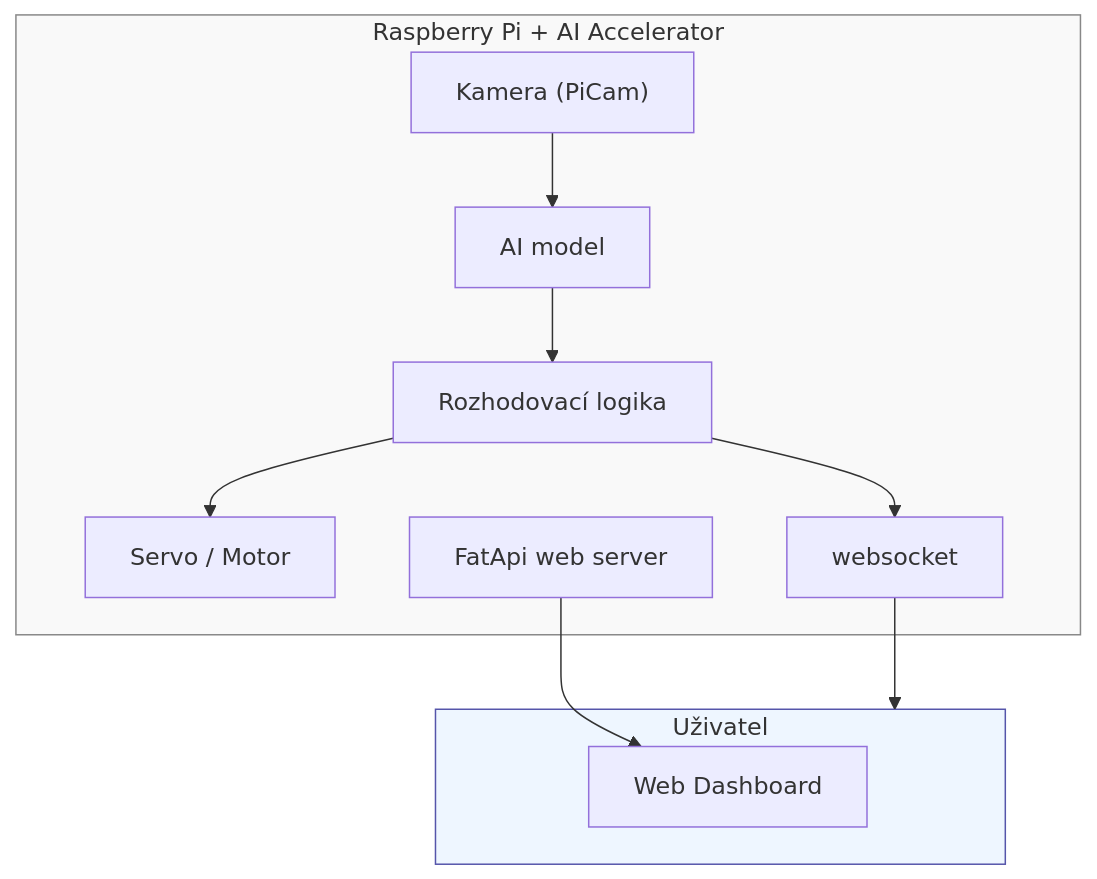
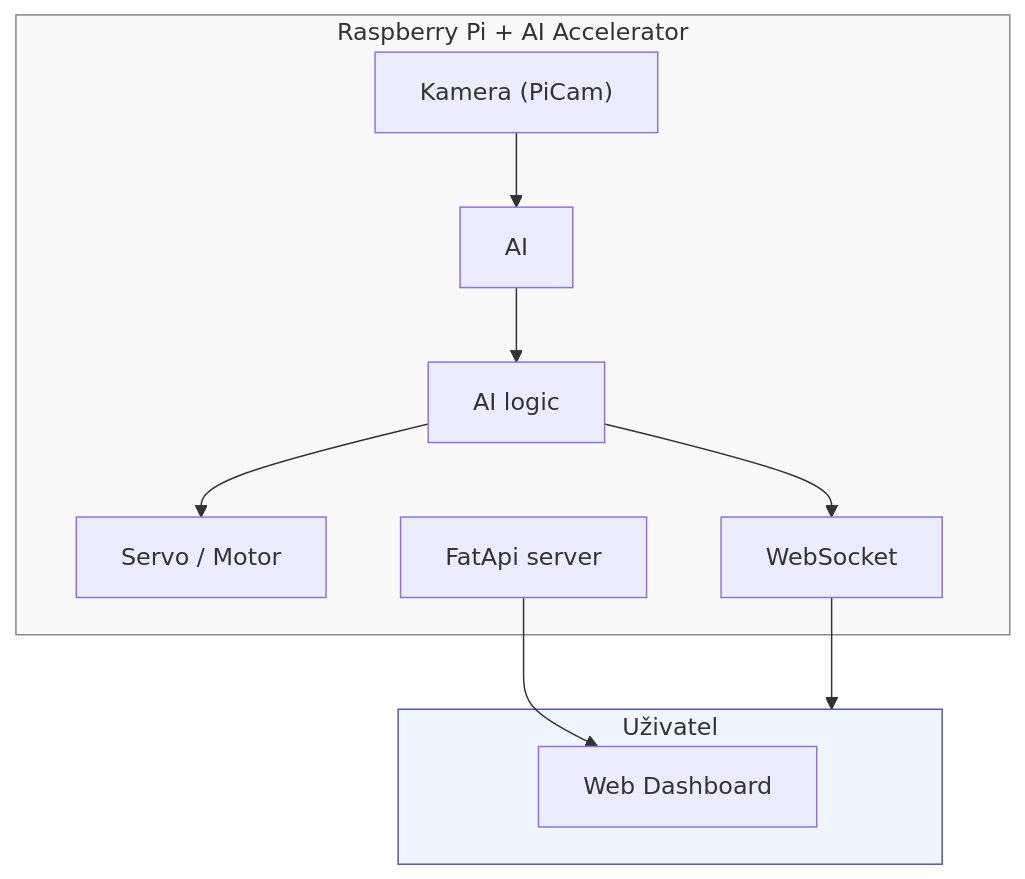
The diagram in README.md (imang212/PS_Project), drawn with Mermaid before and after one commit. The commit also changed other lines of this file and 35 other files, not shown here.

````diff
--- a/README.md
+++ b/README.md
@@ -16,26 +15,26 @@
 ```mermaid
 flowchart TD
     subgraph RPI[Raspberry Pi + AI Accelerator]
         CAM["Kamera (PiCam)"]
-        MODEL["AI model"]
-        DECISION["Rozhodovací logika"]
         SERVO["Servo / Motor"]
-        LOGGER["websocket"]
-        WEB["FatApi web server"]
+        MODEL["AI"]
+        DECISION["AI logic"]
+        LOGGER["WebSocket"]
+        WEB["FatApi server"]
     end
 
     CAM --> MODEL
     MODEL --> DECISION
     DECISION --> SERVO
     DECISION --> LOGGER
     LOGGER --> USER
 
     subgraph USER[Uživatel]
         UI[Web Dashboard]
     end
 
     WEB --> UI
 
     style RPI fill:#f9f9f9,stroke:#888,stroke-width:1px,corner-radius:8px
     style USER fill:#eef6ff,stroke:#55a,stroke-width:1px,corner-radius:8px
 ```
````
